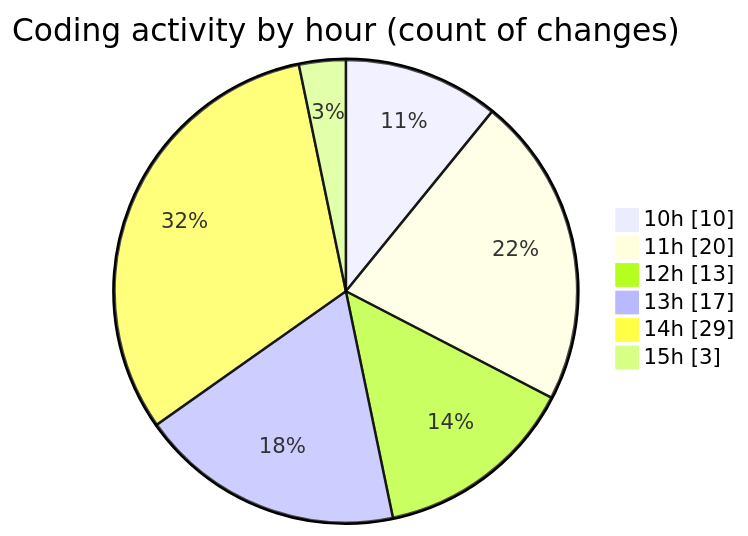
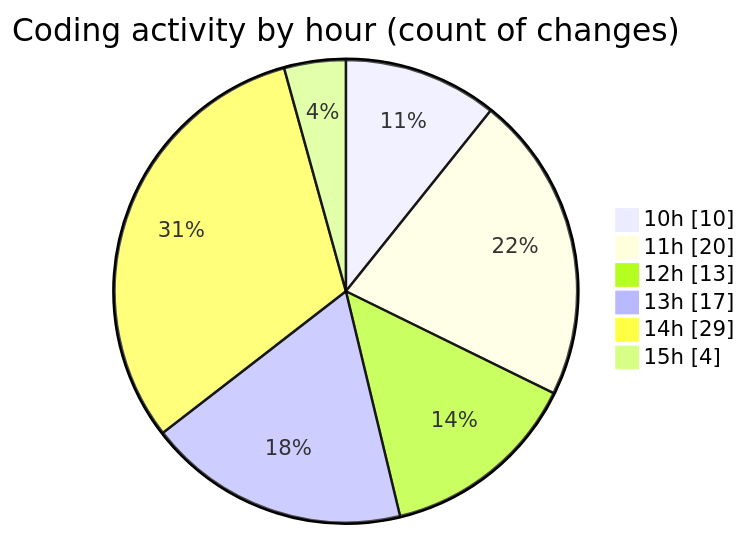
One commit to BS-eng2023/code-tracking changed the second of 2 diagrams in 2025-03-31/jsvms/README.md. Above: the diagram before and after it, drawn with Mermaid. The commit also changed other lines of this file and 1 other file, not shown here.

````diff
--- a/2025-03-31/jsvms/README.md
+++ b/2025-03-31/jsvms/README.md
@@ -60,10 +60,10 @@
 ```mermaid
 pie showData
 title Coding activity by hour (count of changes)
 "10h" : 10
 "11h" : 20
 "12h" : 13
 "13h" : 17
 "14h" : 29
-"15h" : 3
+"15h" : 4
 ```
````
